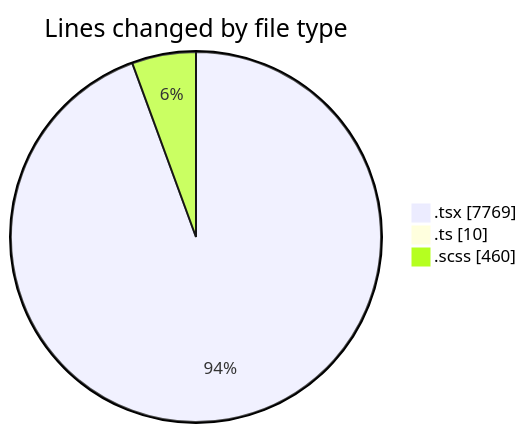
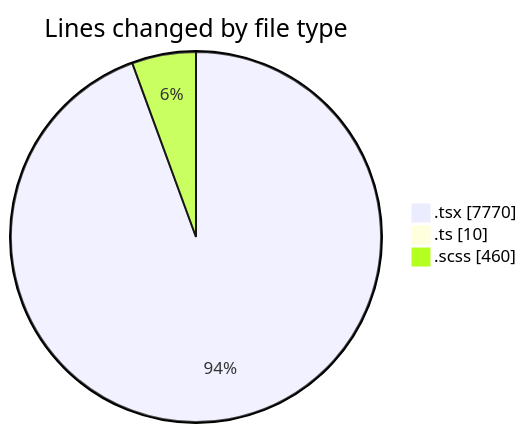
The first of 2 diagrams in 2025-11-17/cda/README.md (momahboobian/code-tracking), drawn with Mermaid before and after one commit. The commit also changed other lines of this file and 1 other file, not shown here.

````diff
--- a/2025-11-17/cda/README.md
+++ b/2025-11-17/cda/README.md
@@ -34,7 +34,7 @@
 ```mermaid
 pie showData
 title Lines changed by file type
-".tsx" : 7769
+".tsx" : 7770
 ".ts" : 10
 ".scss" : 460
 ```
````
